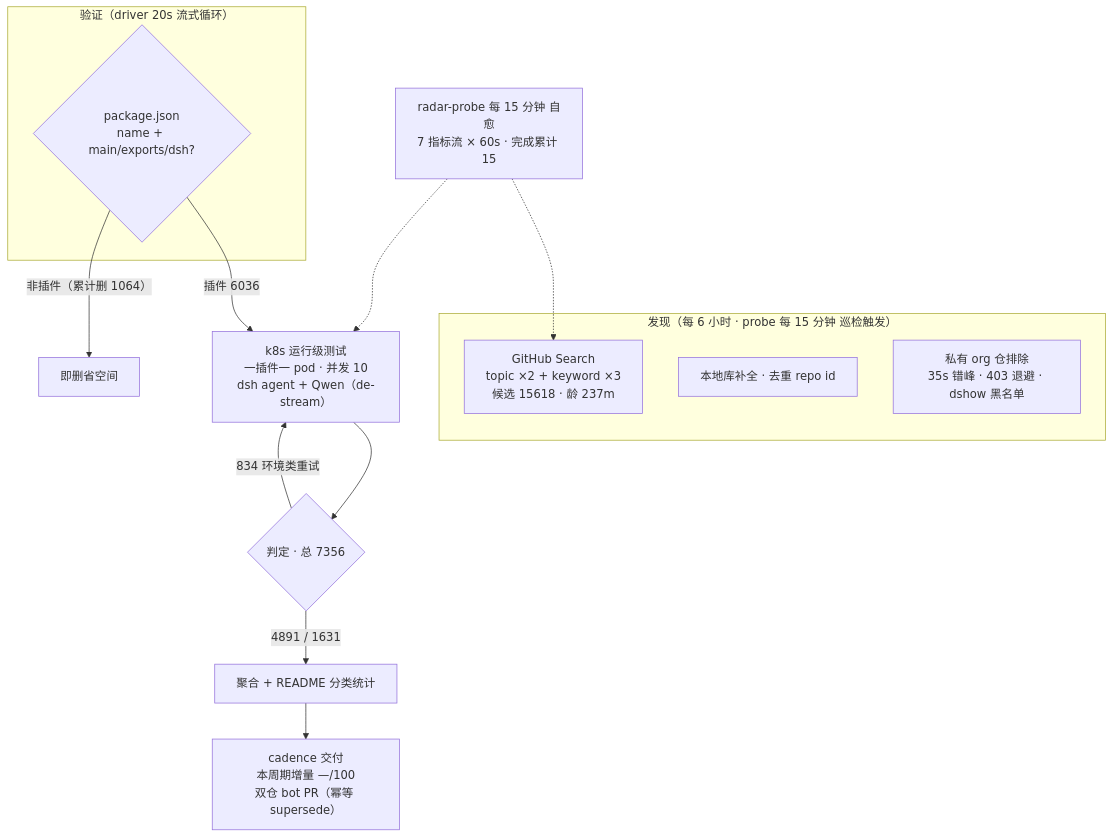
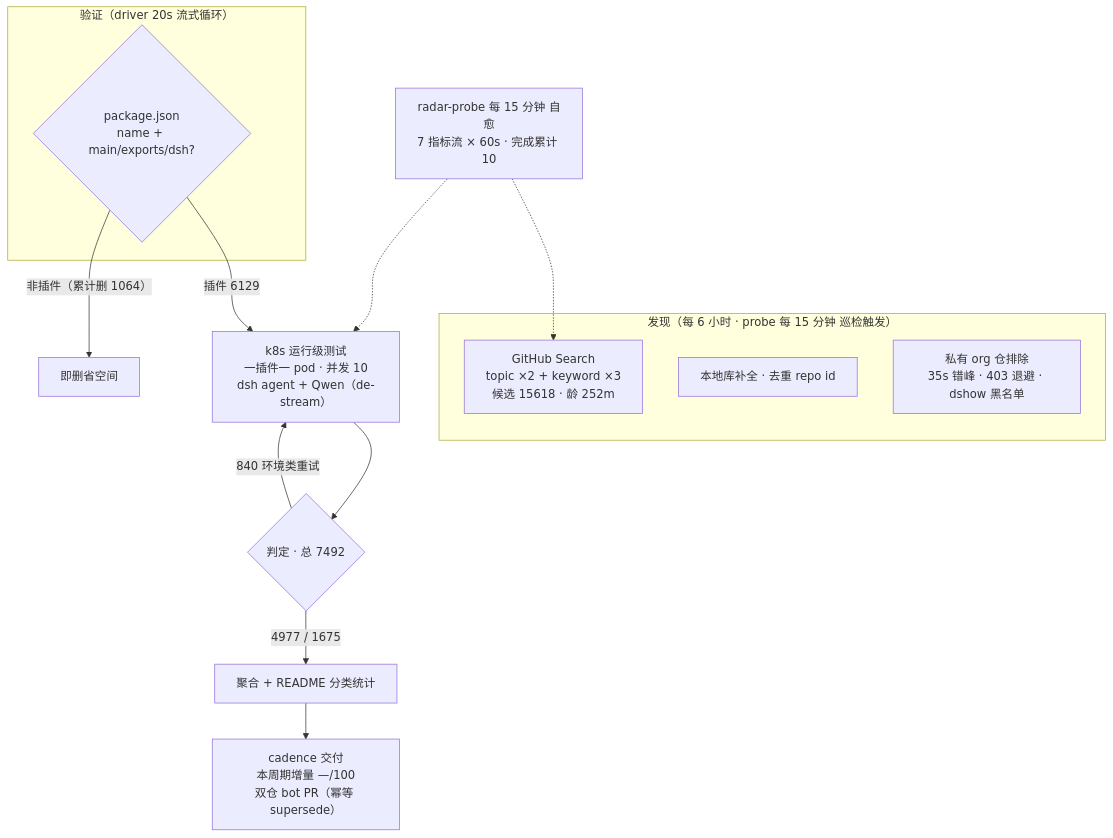
One commit to Zhidao-Lab-OSS/awesome-dsh-plugins changed the diagram in README.md. Above: the diagram before and after it, drawn with Mermaid. The commit also changed other lines of this file and 1 other file, not shown here.

````diff
--- a/README.md
+++ b/README.md
@@ -37,20 +37,20 @@
 ```mermaid
 flowchart TB
     subgraph Discovery["发现（每 6 小时 · probe 每 15 分钟 巡检触发）"]
-        A1["GitHub Search<br/>topic ×2 + keyword ×3<br/>候选 15618 · 龄 237m"]
+        A1["GitHub Search<br/>topic ×2 + keyword ×3<br/>候选 15618 · 龄 252m"]
         A2["本地库补全 · 去重 repo id"]
         A3["私有 org 仓排除<br/>35s 错峰 · 403 退避 · dshow 黑名单"]
     end
     subgraph Validation["验证（driver 20s 流式循环）"]
         B1{"package.json<br/>name + main/exports/dsh?"}
     end
-    B1 -->|"插件 6036"| C1["k8s 运行级测试<br/>一插件一 pod · 并发 10<br/>dsh agent + Qwen（de-stream）"]
+    B1 -->|"插件 6129"| C1["k8s 运行级测试<br/>一插件一 pod · 并发 10<br/>dsh agent + Qwen（de-stream）"]
     B1 -->|"非插件（累计删 1064）"| B3["即删省空间"]
-    C1 --> D1{"判定 · 总 7356"}
-    D1 -->|"4891 / 1631"| E1["聚合 + README 分类统计"]
-    D1 -->|"834 环境类重试"| C1
+    C1 --> D1{"判定 · 总 7492"}
+    D1 -->|"4977 / 1675"| E1["聚合 + README 分类统计"]
+    D1 -->|"840 环境类重试"| C1
     E1 --> E2["cadence 交付<br/>本周期增量 —/100<br/>双仓 bot PR（幂等 supersede）"]
-    M["radar-probe 每 15 分钟 自愈<br/>7 指标流 × 60s · 完成累计 15"]
+    M["radar-probe 每 15 分钟 自愈<br/>7 指标流 × 60s · 完成累计 10"]
     M -.-> A1
     M -.-> C1
 ```
````
